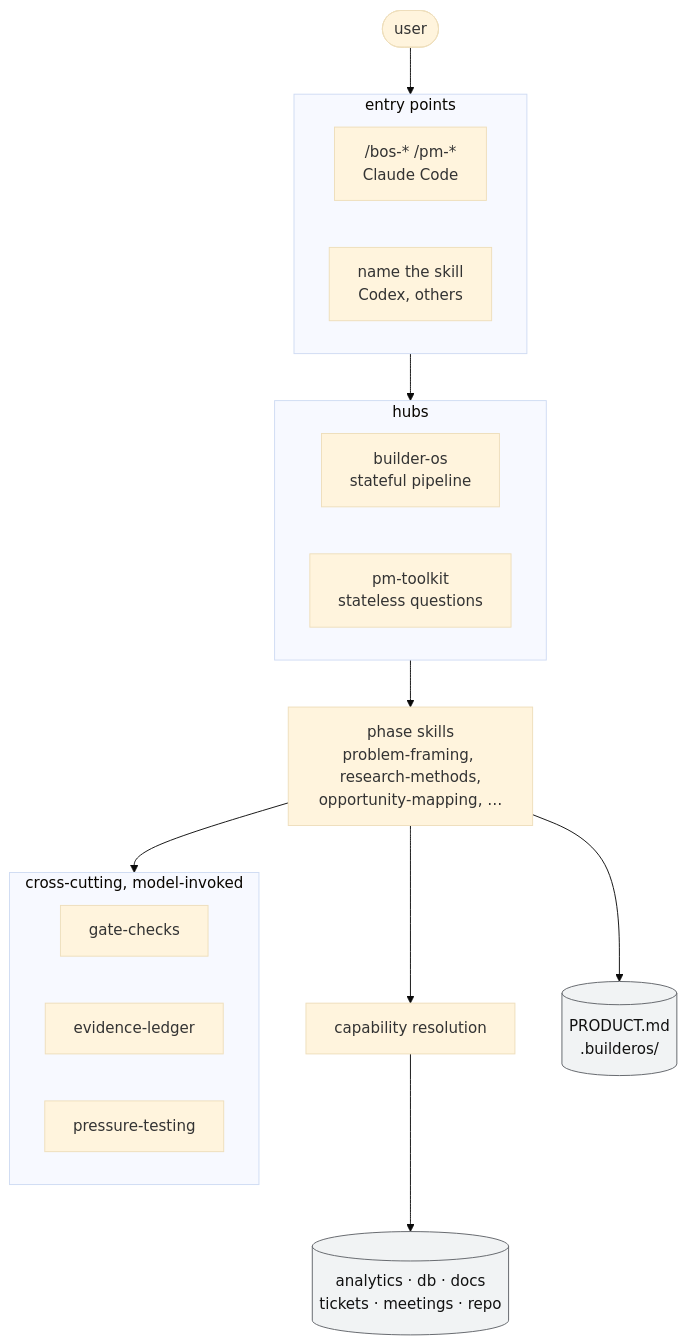
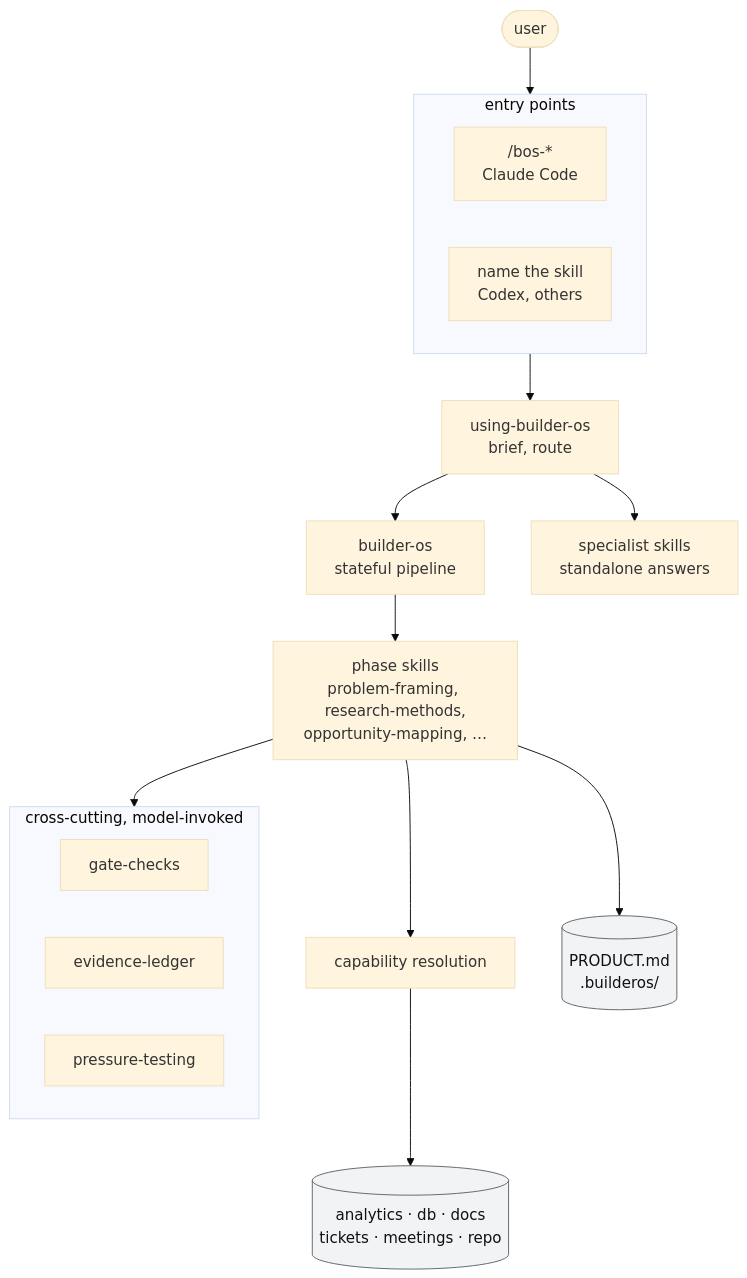
The second of 4 diagrams in docs/architecture.md (mariomile/builder-os), drawn with Mermaid (base theme) before and after one commit. The commit also changed 110 other files, not shown here.

````diff
--- a/docs/architecture.md
+++ b/docs/architecture.md
@@ -43,29 +43,26 @@
 ```mermaid
 flowchart TB
     U([user]) --> ENTRY
     subgraph ENTRY["entry points"]
         direction LR
-        SLASH["/bos-* /pm-*<br/>Claude Code"]
+        SLASH["/bos-*<br/>Claude Code"]
         NAME["name the skill<br/>Codex, others"]
     end
-    ENTRY --> HUB
-    subgraph HUB["hubs"]
-        direction LR
-        BOS["builder-os<br/>stateful pipeline"]
-        PM["pm-toolkit<br/>stateless questions"]
-    end
-    HUB --> PHASE["phase skills<br/>problem-framing, research-methods,<br/>opportunity-mapping, …"]
+    ENTRY --> USE["using-builder-os<br/>brief, route"]
+    USE --> BOS["builder-os<br/>stateful pipeline"]
+    USE --> SPEC["specialist skills<br/>standalone answers"]
+    BOS --> PHASE["phase skills<br/>problem-framing, research-methods,<br/>opportunity-mapping, …"]
     PHASE --> CROSS
     subgraph CROSS["cross-cutting, model-invoked"]
         direction LR
         GC["gate-checks"]
         EL["evidence-ledger"]
         PT["pressure-testing"]
     end
     PHASE --> CAP["capability resolution"]
     CAP --> DATA[("analytics · db · docs<br/>tickets · meetings · repo")]
     PHASE --> ART[("PRODUCT.md<br/>.builderos/")]
 
     classDef store fill:#f1f3f4,stroke:#5f6368,color:#111
     class DATA,ART store
 ```
````
